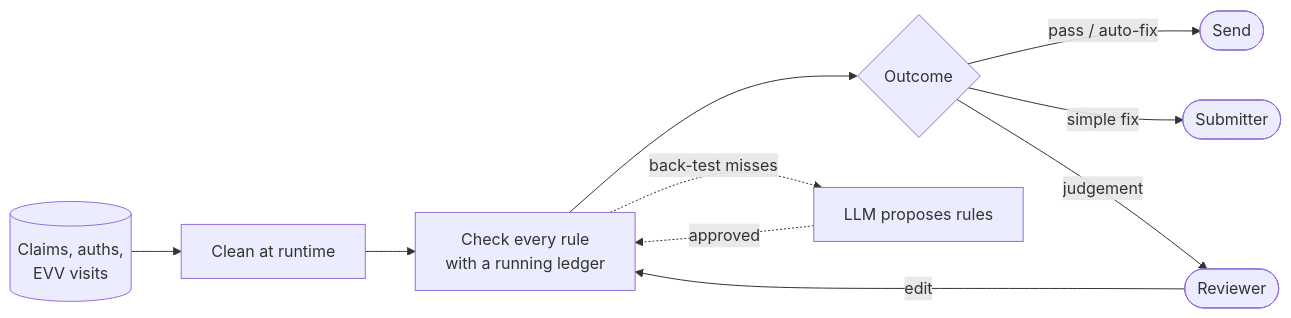
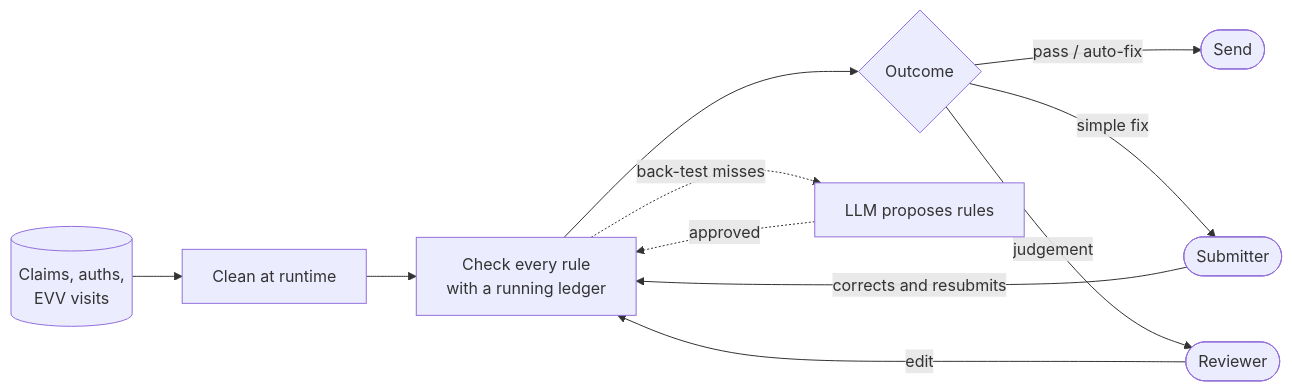
The first of 2 diagrams in README.md (BicknellF/resonance-take-home), drawn with Mermaid before and after one commit. The commit also changed other lines of this file and 1 other file, not shown here.

Commit message:
README diagrams: reviewer under the checker, submitter fixes loop back

````diff
--- a/README.md
+++ b/README.md
@@ -115,11 +115,12 @@
 ```mermaid
 flowchart LR
     D[(Claims, auths,<br>EVV visits)] --> C[Clean at runtime]
     C --> E["Check every rule<br>with a running ledger"]
     E --> O{Outcome}
     O -->|pass / auto-fix| P([Send])
     O -->|simple fix| S([Submitter])
     O -->|judgement| R([Reviewer])
+    S -->|corrects and resubmits| E
     R -->|edit| E
     E -.->|back-test misses| L[LLM proposes rules] -.->|approved| E
 ```
````
